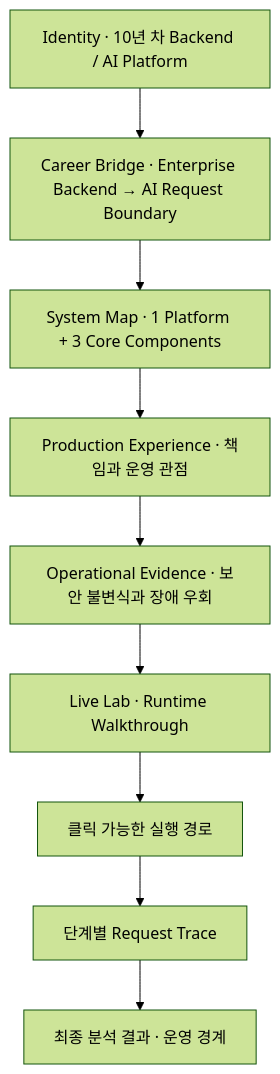
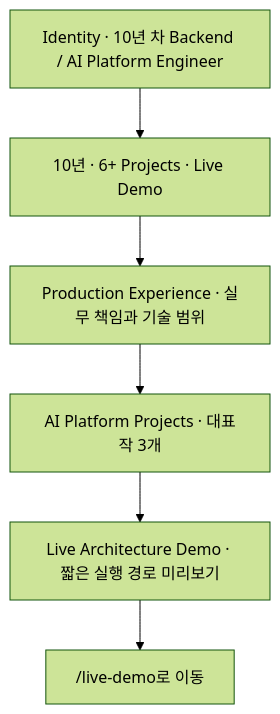
Before and after one commit to devcy0922/devcy0922.github.io: the first of 5 diagrams in architecture.md, drawn with Mermaid (forest theme). The commit also changed other lines of this file and 7 other files, not shown here.

Commit message:
fix(portfolio): separate homepage from runtime demo

````diff
--- a/architecture.md
+++ b/architecture.md
@@ -16,11 +27,8 @@
 ```mermaid
 flowchart TB
-    Hero["Identity · 10년 차 Backend / AI Platform"] --> Bridge["Career Bridge · Enterprise Backend → AI Request Boundary"]
-    Bridge --> Systems["System Map · 1 Platform + 3 Core Components"]
-    Systems --> Experience["Production Experience · 책임과 운영 관점"]
-    Experience --> Evidence["Operational Evidence · 보안 불변식과 장애 우회"]
-    Evidence --> Lab["Live Lab · Runtime Walkthrough"]
-    Lab --> Architecture["클릭 가능한 실행 경로"]
-    Architecture --> Trace["단계별 Request Trace"]
-    Trace --> Result["최종 분석 결과 · 운영 경계"]
+    Hero["Identity · 10년 차 Backend / AI Platform Engineer"] --> Stats["10년 · 6+ Projects · Live Demo"]
+    Stats --> Experience["Production Experience · 실무 책임과 기술 범위"]
+    Experience --> Projects["AI Platform Projects · 대표작 3개"]
+    Projects --> Preview["Live Architecture Demo · 짧은 실행 경로 미리보기"]
+    Preview --> DemoLink["/live-demo로 이동"]
 ```
````
